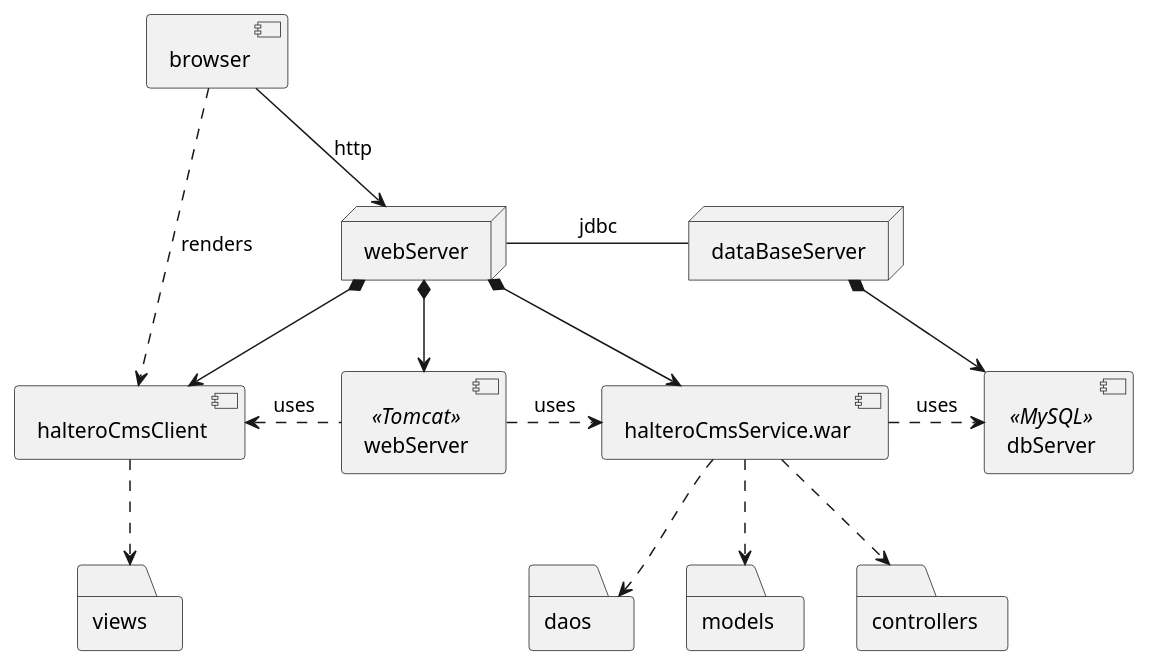
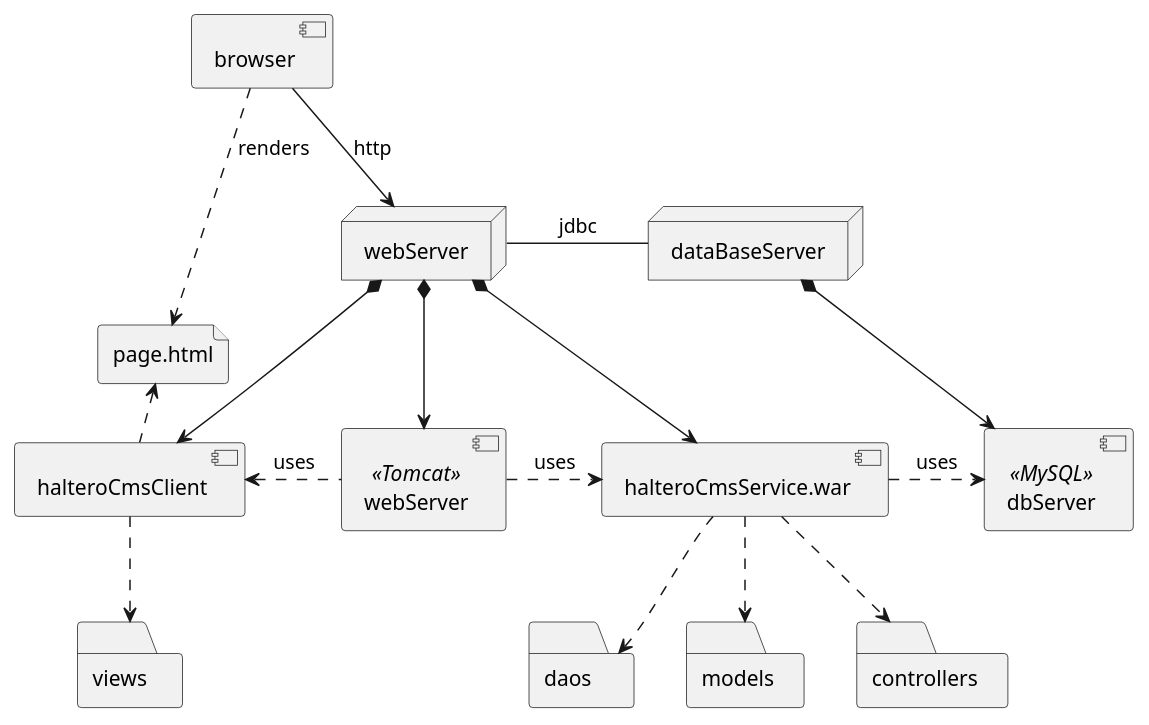
One commit to zuldare/mastercloud_pfm_halterocms changed the diagram in documentation/diagrams/3_design/deployment.puml. Above: the diagram before and after it, drawn with PlantUML.

Commit message:
Add generated html files to the diagram

```diff
--- a/documentation/diagrams/3_design/deployment.puml
+++ b/documentation/diagrams/3_design/deployment.puml
@@ -1,37 +1,40 @@
 @startuml
 
 node webServer
 node dataBaseServer
 component browser
 component halteroCmsClient
 component "webServer" <<Tomcat>> as webServerComponent
 
 component halteroCmsService.war
 component dbServer <<MySQL>>
 
+file page.html
+
 folder views
 
 folder controllers
 folder daos
 folder models
 
 browser --> webServer : http
 webServer *-d-> halteroCmsClient
+halteroCmsClient .l.> page.html
 
 webServer -r- dataBaseServer : jdbc
 webServer *--> webServerComponent
 webServerComponent .r.> halteroCmsService.war : uses
 webServer *--> halteroCmsService.war
 
 dataBaseServer *--> dbServer
 
-browser ..> halteroCmsClient : renders
+browser ..> page.html : renders
 halteroCmsClient <.r. webServerComponent : uses
 halteroCmsClient ..> views
 halteroCmsService.war .r.> dbServer : uses
 
 halteroCmsService.war ..> controllers
 halteroCmsService.war ..> daos
 halteroCmsService.war ..> models
 
 @enduml
```
